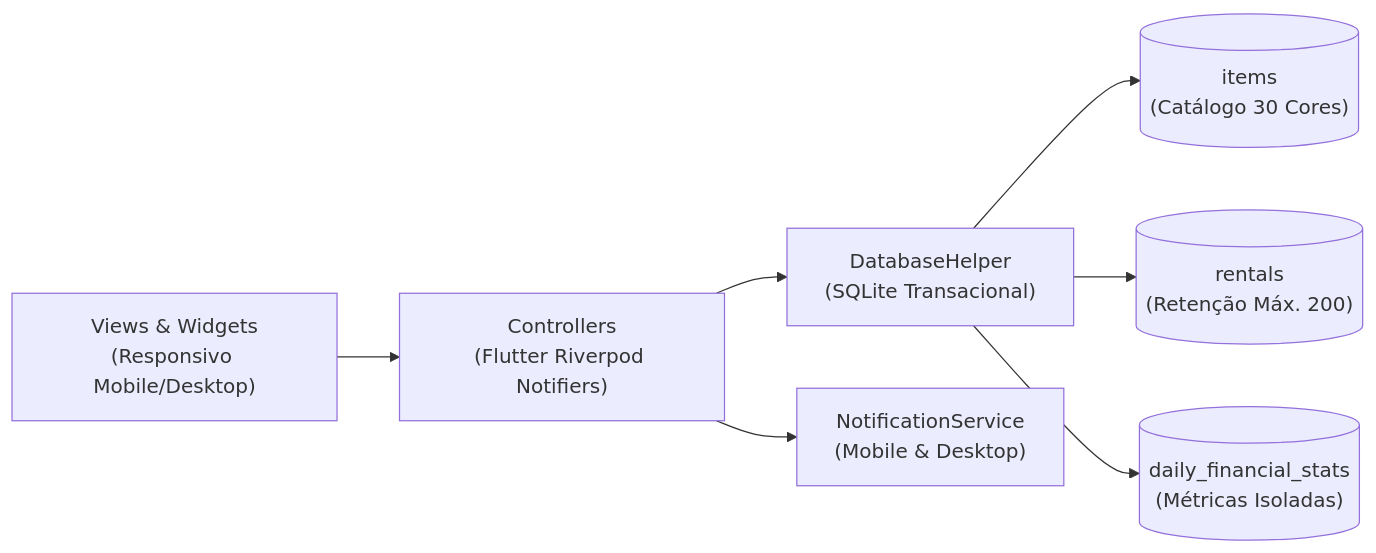
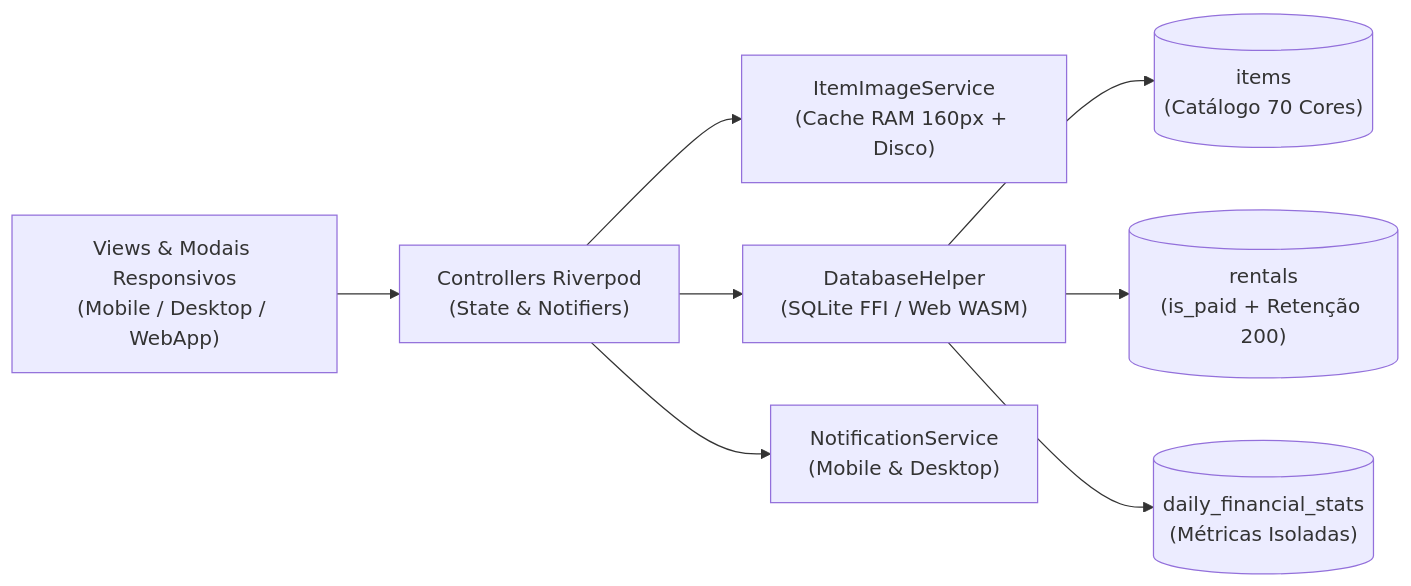
The diagram in README.md (4c0deX/alugplus), drawn with Mermaid before and after one commit. The commit also changed other lines of this file and 28 other files, not shown here.

````diff
--- a/README.md
+++ b/README.md
@@ -73,9 +84,10 @@
 ```mermaid
 flowchart LR
-    UI["Views & Widgets\n(Responsivo Mobile/Desktop)"] --> CTRL["Controllers\n(Flutter Riverpod Notifiers)"]
-    CTRL --> DB["DatabaseHelper\n(SQLite Transacional)"]
+    UI["Views & Modais Responsivos\n(Mobile / Desktop / WebApp)"] --> CTRL["Controllers Riverpod\n(State & Notifiers)"]
+    CTRL --> IMG["ItemImageService\n(Cache RAM 160px + Disco)"]
+    CTRL --> DB["DatabaseHelper\n(SQLite FFI / Web WASM)"]
     CTRL --> NOTIF["NotificationService\n(Mobile & Desktop)"]
-    DB --> T1[("items\n(Catálogo 30 Cores)")]
-    DB --> T2[("rentals\n(Retenção Máx. 200)")]
+    DB --> T1[("items\n(Catálogo 70 Cores)")]
+    DB --> T2[("rentals\n(is_paid + Retenção 200)")]
     DB --> T3[("daily_financial_stats\n(Métricas Isoladas)")]
 ```
````
